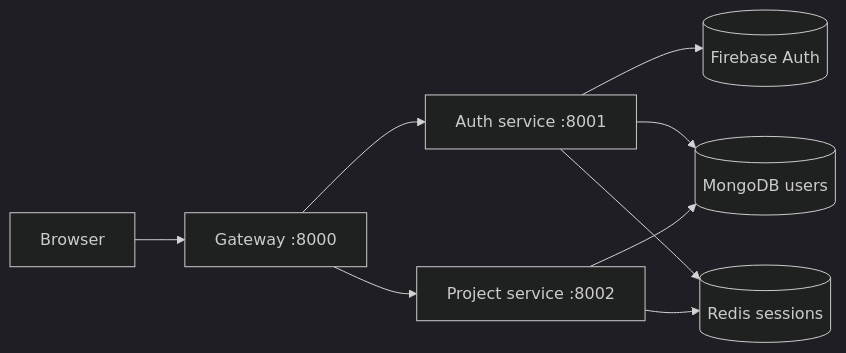
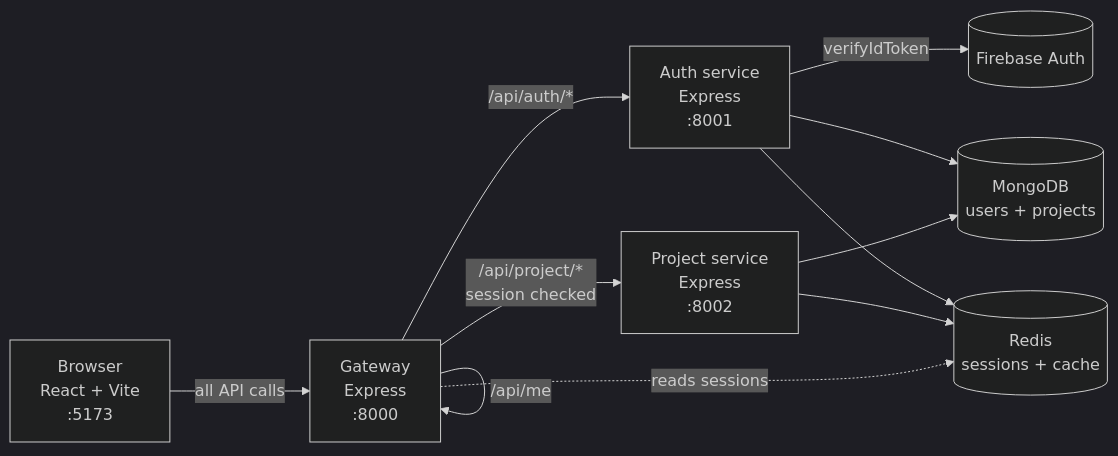
Before and after one commit to yamanhassan1/NexPulse: the diagram in README.md, drawn with Mermaid (dark theme). The commit also changed other lines of this file and 33 other files, not shown here.

Commit message:
docs: add contributing, deployment, troubleshooting, and reference guides; update roadmap

````diff
--- a/README.md
+++ b/README.md
@@ -19,11 +31,21 @@
 ```mermaid
 flowchart LR
-    B[Browser] --> G["Gateway :8000"]
-    G --> A["Auth service :8001"]
-    G --> P["Project service :8002"]
-    A --> F[("Firebase Auth")]
-    A --> M[("MongoDB users")]
-    A --> R[("Redis sessions")]
+    B["Browser<br>React + Vite<br>:5173"]
+    G["Gateway<br>Express<br>:8000"]
+    A["Auth service<br>Express<br>:8001"]
+    P["Project service<br>Express<br>:8002"]
+    F[("Firebase Auth")]
+    M[("MongoDB<br>users + projects")]
+    R[("Redis<br>sessions + cache")]
+
+    B -->|"all API calls"| G
+    G -->|"/api/auth/*"| A
+    G -->|"/api/project/*<br>session checked"| P
+    G -->|"/api/me"| G
+    A -->|"verifyIdToken"| F
+    A --> M
+    A --> R
     P --> M
     P --> R
+    G -.->|"reads sessions"| R
 ```
````
